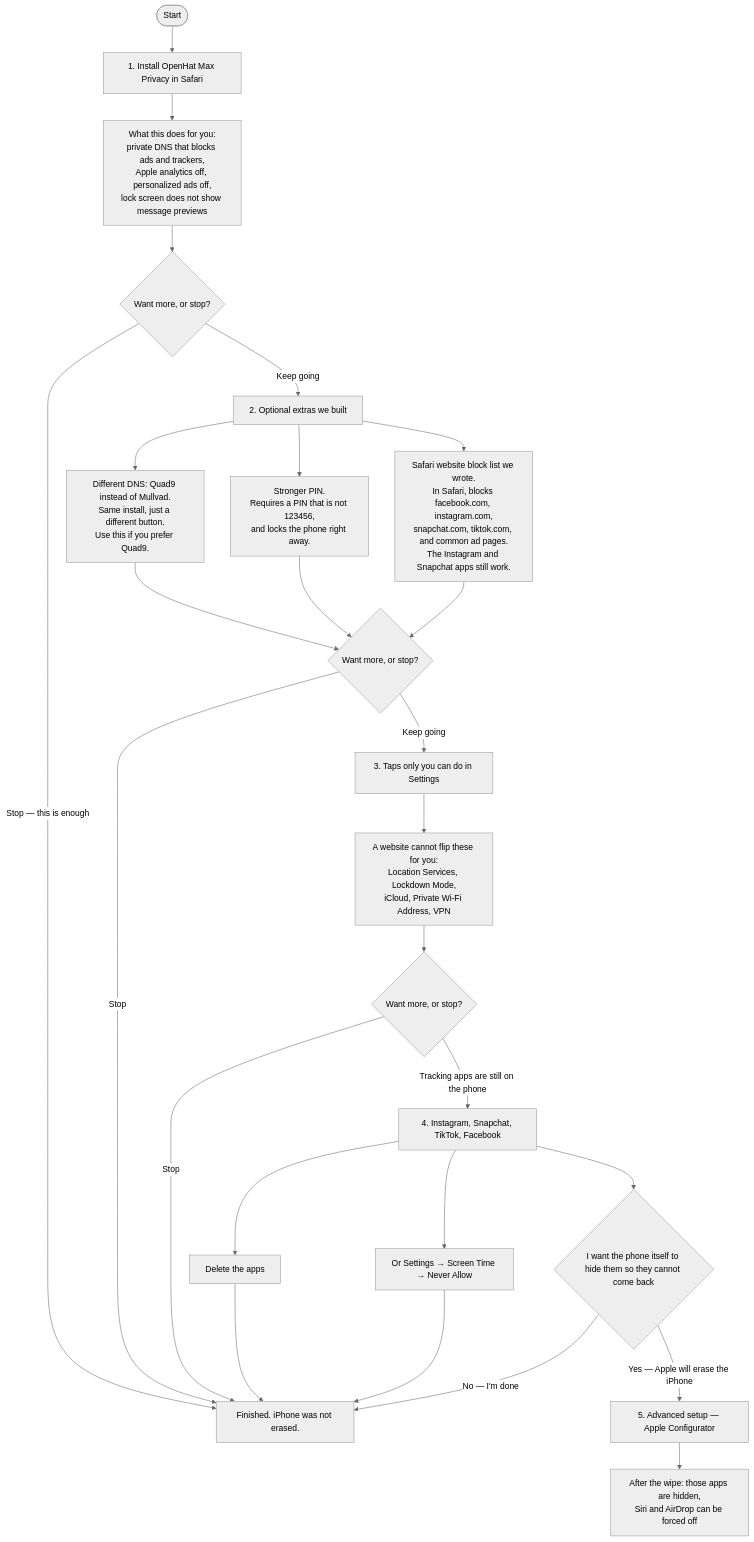
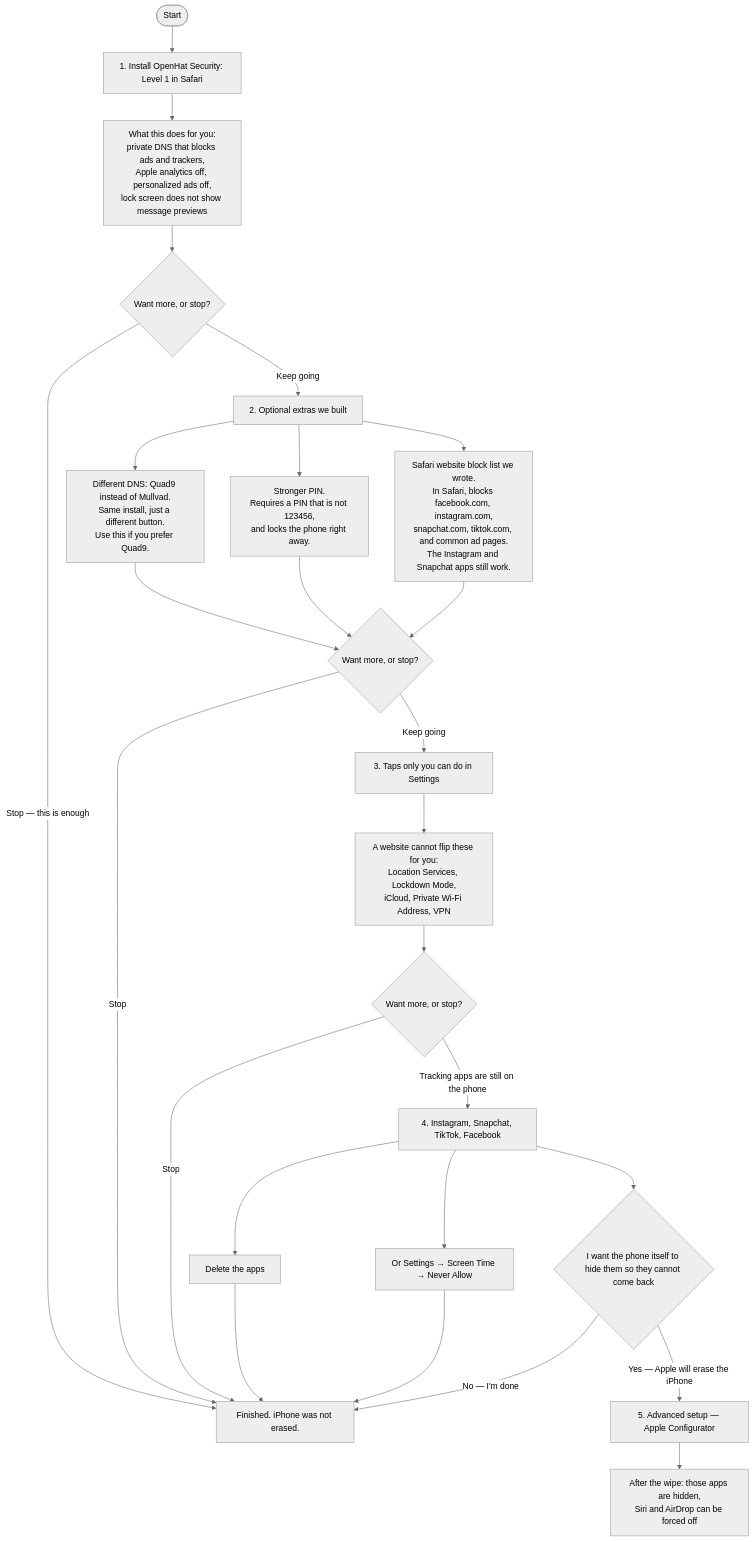
One commit to openhat-security/ios-max-security changed the first of 2 diagrams in README.md. Above: the diagram before and after it, drawn with Mermaid (neutral theme). The commit also changed other lines of this file and 34 other files, not shown here.

````diff
--- a/README.md
+++ b/README.md
@@ -13,48 +13,48 @@
 ```mermaid
 flowchart TD
-  start([Start]) --> s1["1. Install OpenHat Max Privacy in Safari"]
+  start([Start]) --> s1["1. Install OpenHat Security: Level 1 in Safari"]
   s1 --> s1d["What this does for you:
 private DNS that blocks ads and trackers,
 Apple analytics off, personalized ads off,
 lock screen does not show message previews"]
   s1d --> stop1{Want more, or stop?}
   stop1 -->|Stop — this is enough| done[Finished. iPhone was not erased.]
   stop1 -->|Keep going| s2
 
   s2["2. Optional extras we built"]
   s2 --> dns["Different DNS: Quad9 instead of Mullvad.
 Same install, just a different button.
 Use this if you prefer Quad9."]
   s2 --> pin["Stronger PIN.
 Requires a PIN that is not 123456,
 and locks the phone right away."]
   s2 --> safari["Safari website block list we wrote.
 In Safari, blocks facebook.com, instagram.com,
 snapchat.com, tiktok.com, and common ad pages.
 The Instagram and Snapchat apps still work."]
   dns --> stop2{Want more, or stop?}
   pin --> stop2
   safari --> stop2
   stop2 -->|Stop| done
   stop2 -->|Keep going| s3
 
   s3["3. Taps only you can do in Settings"]
   s3 --> s3d["A website cannot flip these for you:
 Location Services, Lockdown Mode,
 iCloud, Private Wi-Fi Address, VPN"]
   s3d --> stop3{Want more, or stop?}
   stop3 -->|Stop| done
   stop3 -->|Tracking apps are still on the phone| s4
 
   s4["4. Instagram, Snapchat, TikTok, Facebook"]
   s4 --> del["Delete the apps"]
   s4 --> st["Or Settings → Screen Time → Never Allow"]
   del --> done
   st --> done
   s4 --> s5{I want the phone itself to hide them so they cannot come back}
 
   s5 -->|No — I'm done| done
   s5 -->|Yes — Apple will erase the iPhone| wipe["5. Advanced setup — Apple Configurator"]
   wipe --> hidden["After the wipe: those apps are hidden,
 Siri and AirDrop can be forced off"]
 ```
````
